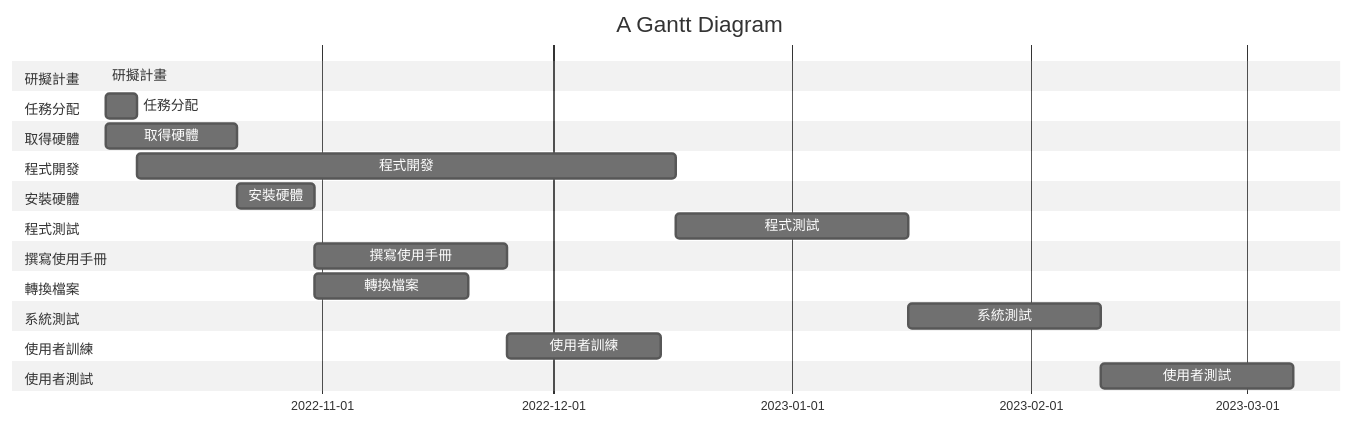
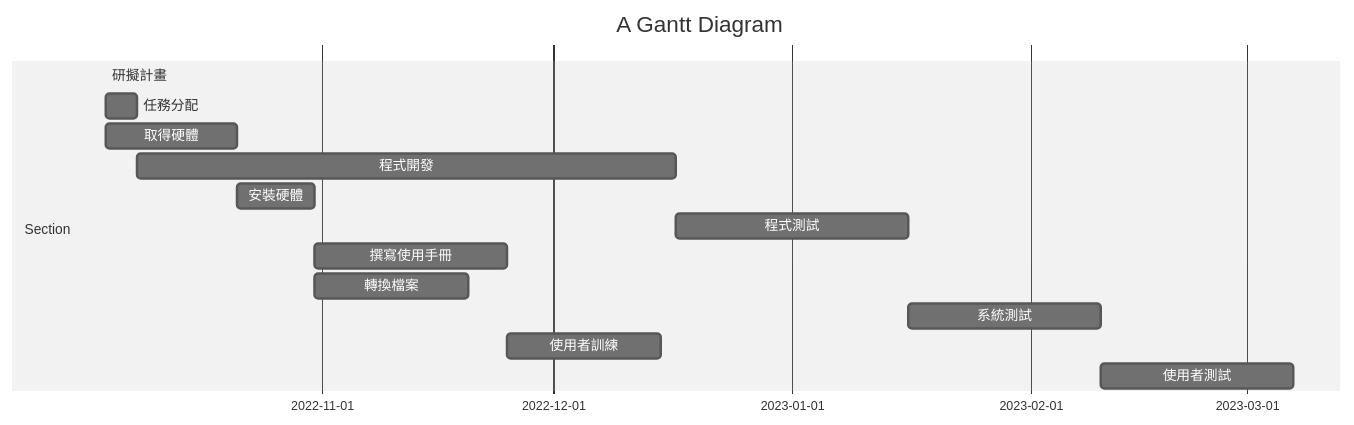
One commit to angus426/2022_3B_System_Analysis changed the diagram in hw2.md. Above: the diagram before and after it, drawn with Mermaid (neutral theme).

Commit message:
Edit Gantt Diagram

````diff
--- a/hw2.md
+++ b/hw2.md
@@ -3,27 +3,27 @@
 ```mermaid
 gantt
     title A Gantt Diagram
 
-    section 研擬計畫
+    section Section
     研擬計畫         :active,  des1,2022-10-04  , 2022-10-04
-    section 任務分配
+    
     任務分配      :des2, after des1 , 4d
-    section 取得硬體
+    
     取得硬體     :des3, after des1 , 17d
-    section 程式開發
+    
     程式開發      :des4, after des2 , 70d
-    section 安裝硬體
+    
     安裝硬體      :des5, after des3 , 10d
-    section 程式測試
+    
     程式測試      :des6, after des4 , 30d
-    section 撰寫使用手冊
+    
     撰寫使用手冊      :des7, after des5 , 25d
-    section 轉換檔案
+    
     轉換檔案      :des8, after des5 , 20d
-    section 系統測試
+    
     系統測試      :des9, after des6 , 25d
-    section 使用者訓練
+    
     使用者訓練      :des10, after des7 , 20d
-    section 使用者測試
+    
     使用者測試      :des11, after des9 , 25d
 ```
````
